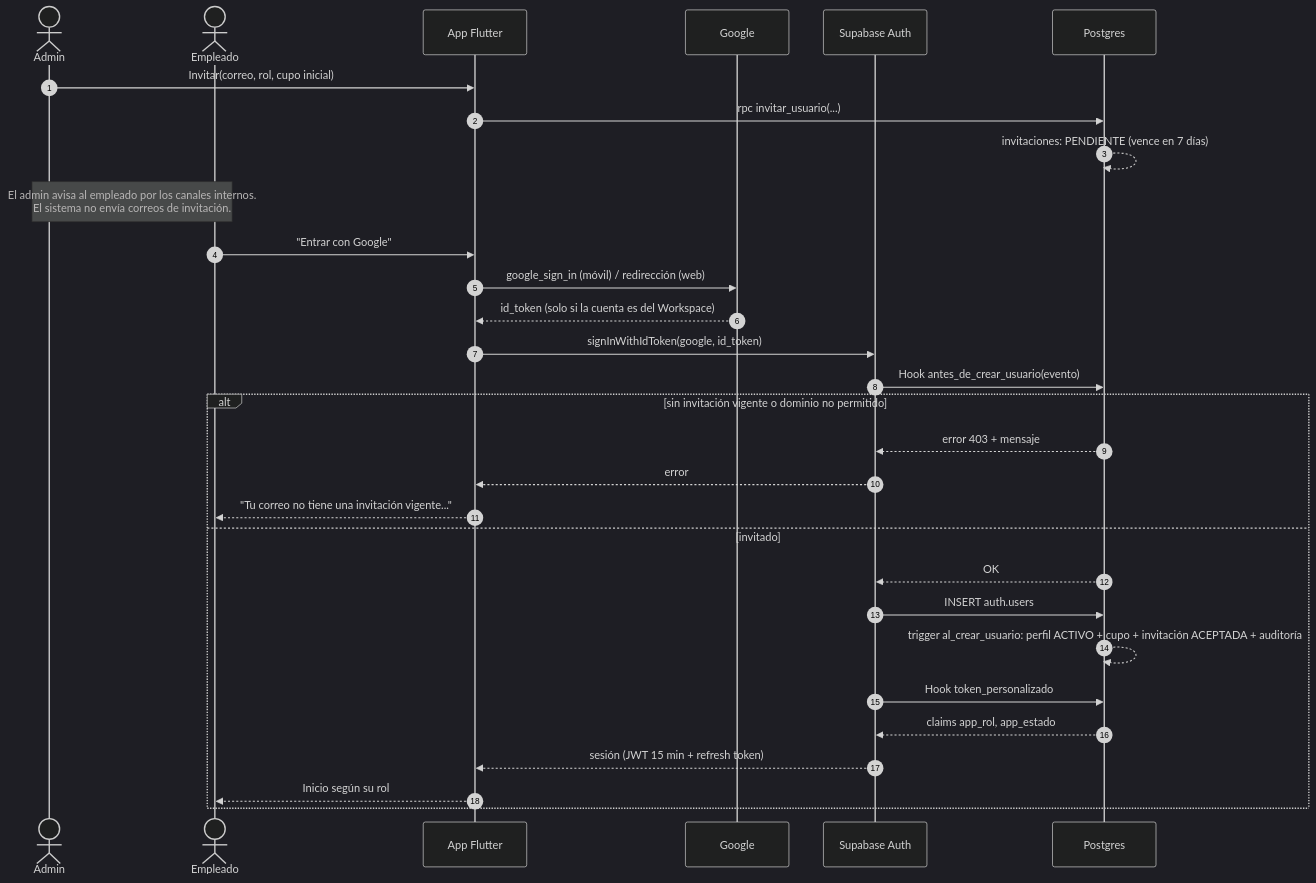
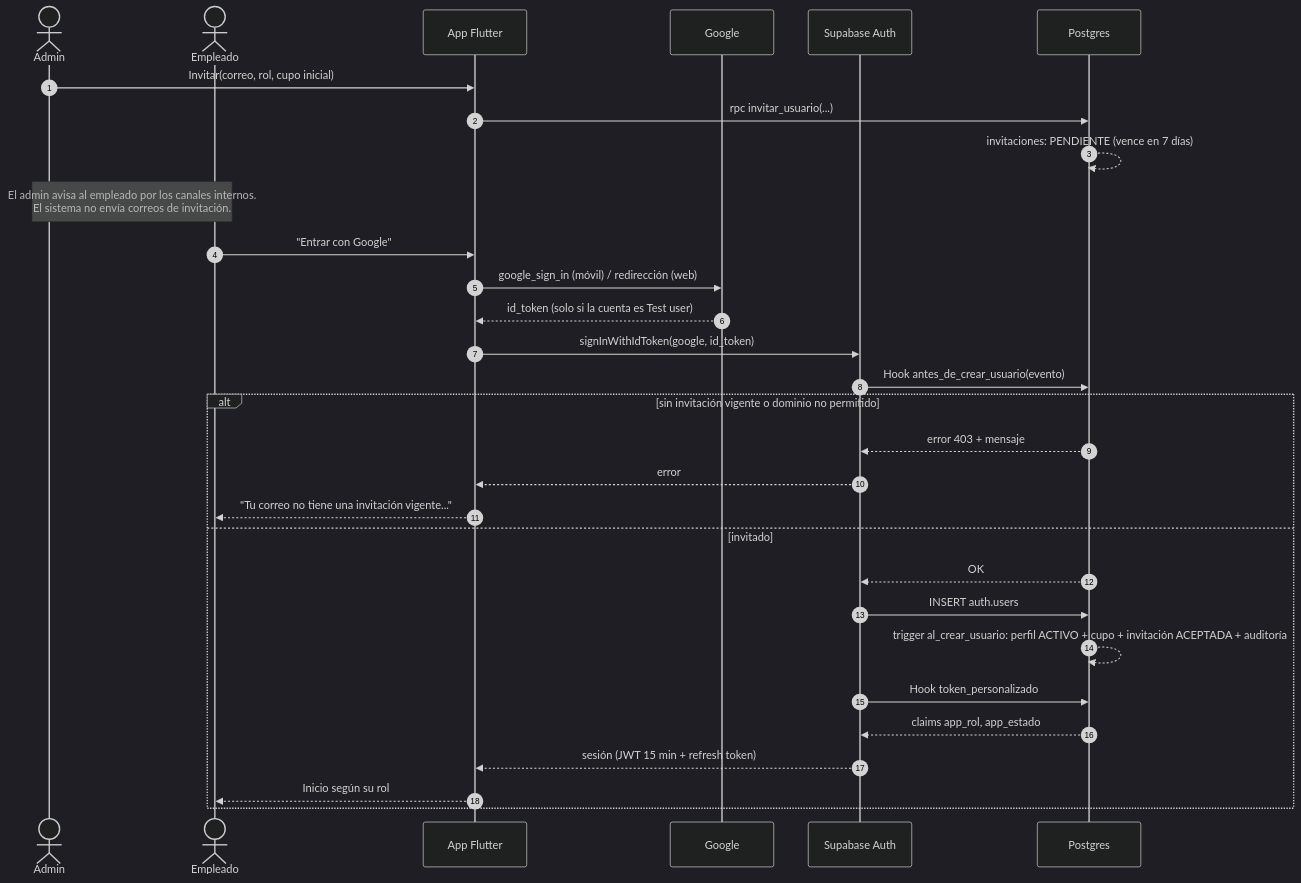
The second of 2 diagrams in docs/04-autenticacion-oauth.md (riverbonilla1504/NASTOCK), drawn with Mermaid (dark theme) before and after one commit. The commit also changed other lines of this file and 34 other files, not shown here.

````diff
--- a/docs/04-autenticacion-oauth.md
+++ b/docs/04-autenticacion-oauth.md
@@ -100,34 +103,34 @@
 ```mermaid
 sequenceDiagram
   autonumber
   actor A as Admin
   actor E as Empleado
   participant App as App Flutter
   participant G as Google
   participant SA as Supabase Auth
   participant DB as Postgres
 
   A->>App: Invitar(correo, rol, cupo inicial)
   App->>DB: rpc invitar_usuario(...)
   DB-->>DB: invitaciones: PENDIENTE (vence en 7 días)
   Note over A,E: El admin avisa al empleado por los canales internos.<br/>El sistema no envía correos de invitación.
 
   E->>App: "Entrar con Google"
   App->>G: google_sign_in (móvil) / redirección (web)
-  G-->>App: id_token (solo si la cuenta es del Workspace)
+  G-->>App: id_token (solo si la cuenta es Test user)
   App->>SA: signInWithIdToken(google, id_token)
   SA->>DB: Hook antes_de_crear_usuario(evento)
   alt sin invitación vigente o dominio no permitido
     DB-->>SA: error 403 + mensaje
     SA-->>App: error
     App-->>E: "Tu correo no tiene una invitación vigente..."
   else invitado
     DB-->>SA: OK
     SA->>DB: INSERT auth.users
     DB-->>DB: trigger al_crear_usuario: perfil ACTIVO + cupo + invitación ACEPTADA + auditoría
     SA->>DB: Hook token_personalizado
     DB-->>SA: claims app_rol, app_estado
     SA-->>App: sesión (JWT 15 min + refresh token)
     App-->>E: Inicio según su rol
   end
 ```
````
